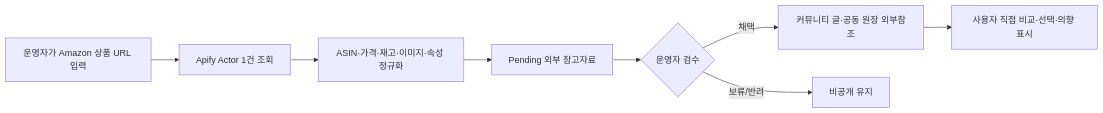
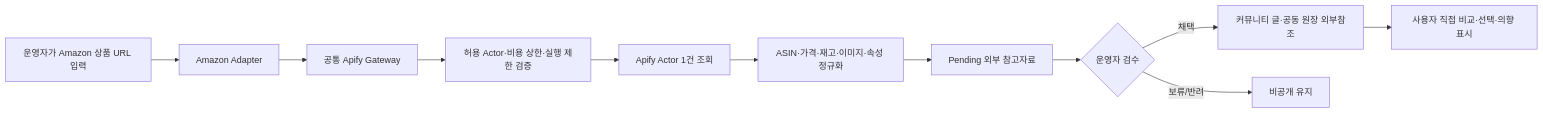
The diagram in docs/Architecture/ApifyAmazonProductResearch.md (cheolwo/hongdal), drawn with Mermaid before and after one commit. The commit also changed other lines of this file and 9 other files, not shown here.

````diff
--- a/docs/Architecture/ApifyAmazonProductResearch.md
+++ b/docs/Architecture/ApifyAmazonProductResearch.md
@@ -9,10 +9,13 @@
 ```mermaid
 flowchart LR
-    A["운영자가 Amazon 상품 URL 입력"] --> B["Apify Actor 1건 조회"]
-    B --> C["ASIN·가격·재고·이미지·속성 정규화"]
-    C --> D["Pending 외부 참고자료"]
-    D --> E{"운영자 검수"}
-    E -->|채택| F["커뮤니티 글·공동 원장 외부참조"]
-    E -->|보류/반려| G["비공개 유지"]
-    F --> H["사용자 직접 비교·선택·의향 표시"]
+    A["운영자가 Amazon 상품 URL 입력"] --> B["Amazon Adapter"]
+    B --> C["공통 Apify Gateway"]
+    C --> D["허용 Actor·비용 상한·실행 제한 검증"]
+    D --> E["Apify Actor 1건 조회"]
+    E --> F["ASIN·가격·재고·이미지·속성 정규화"]
+    F --> G["Pending 외부 참고자료"]
+    G --> H{"운영자 검수"}
+    H -->|채택| I["커뮤니티 글·공동 원장 외부참조"]
+    H -->|보류/반려| J["비공개 유지"]
+    I --> K["사용자 직접 비교·선택·의향 표시"]
 ```
````
